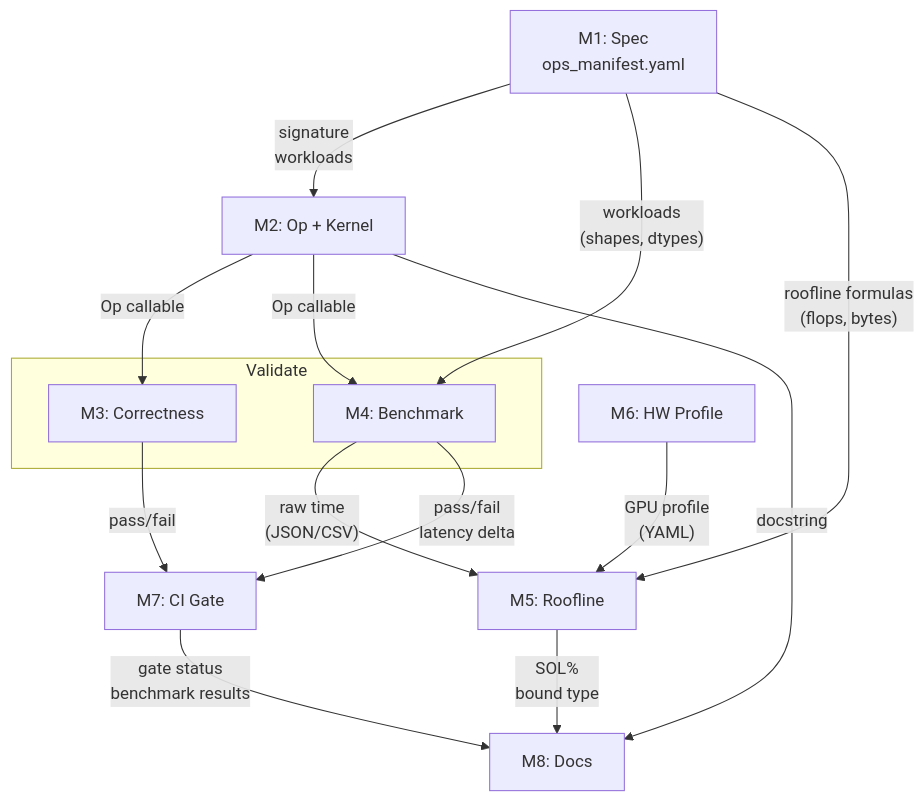
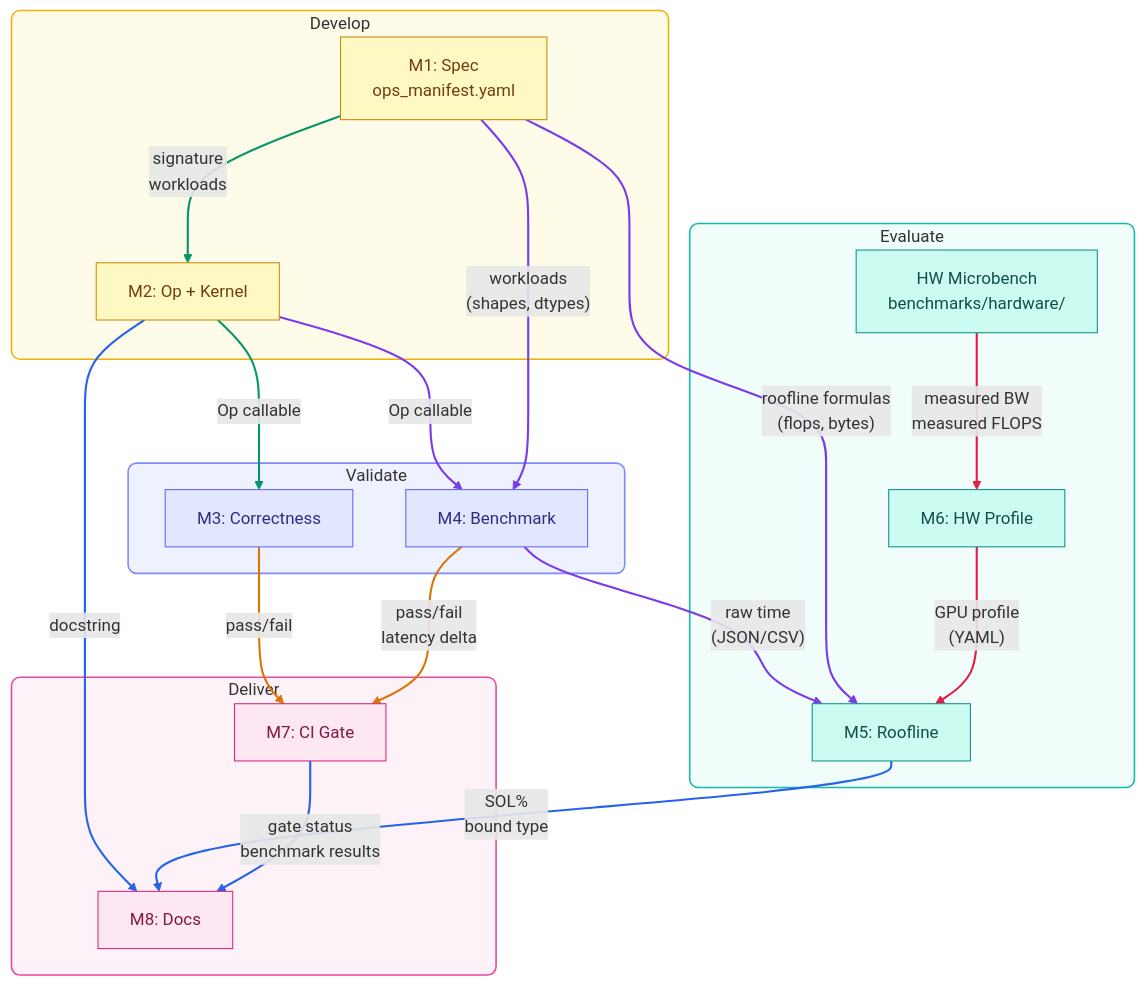
The diagram in docs/architecture.md (tile-ai/TileOPs), drawn with Mermaid before and after one commit. The commit also changed other lines of this file, not shown here.

Commit message:
[Doc] Color-code architecture diagram by data flow
Five flows with color-coded edges and a flow summary table:
- emerald (new op), violet (perf tuning), rose (HW calibration),
  amber (CI guard), sky (publish)

Four subgraph layers with matching color themes:
Develop (gold), Validate (indigo), Evaluate (teal), Deliver (pink).

````diff
--- a/docs/architecture.md
+++ b/docs/architecture.md
@@ -9,28 +17,70 @@
 ```mermaid
 graph TD
-    M1["M1: Spec<br/>ops_manifest.yaml"]
-    M2["M2: Op + Kernel"]
-    M6["M6: HW Profile"]
+    subgraph Develop [" Develop"]
+        M1["M1: Spec<br/>ops_manifest.yaml"]
+        M2["M2: Op + Kernel"]
+    end
 
-    subgraph Validate
+    subgraph Validate [" Validate"]
         M3["M3: Correctness"]
         M4["M4: Benchmark"]
     end
 
-    M5["M5: Roofline"]
-    M7["M7: CI Gate"]
-    M8["M8: Docs"]
+    subgraph Evaluate [" Evaluate"]
+        HW["HW Microbench<br/>benchmarks/hardware/"]
+        M6["M6: HW Profile"]
+        M5["M5: Roofline"]
+    end
 
+    subgraph Deliver [" Deliver"]
+        M7["M7: CI Gate"]
+        M8["M8: Docs"]
+    end
+
+    %% Flow 1: New Op (emerald)
     M1 -- "signature<br/>workloads" --> M2
+    M2 -- "Op callable" --> M3
+
+    %% Flow 2: Perf Tuning (violet)
+    M2 -- "Op callable" --> M4
     M1 -- "workloads<br/>(shapes, dtypes)" --> M4
+    M4 -- "raw time<br/>(JSON/CSV)" --> M5
     M1 -- "roofline formulas<br/>(flops, bytes)" --> M5
-    M2 -- "Op callable" --> M3
-    M2 -- "Op callable" --> M4
+
+    %% Flow 3: HW Calibration (rose)
+    HW -- "measured BW<br/>measured FLOPS" --> M6
+    M6 -- "GPU profile<br/>(YAML)" --> M5
+
+    %% Flow 4: CI Guard (amber)
+    M3 -- "pass/fail" --> M7
+    M4 -- "pass/fail<br/>latency delta" --> M7
+
+    %% Flow 5: Publish (sky)
     M2 -- "docstring" --> M8
-    M3 -- "pass/fail" --> M7
-    M4 -- "raw time<br/>(JSON/CSV)" --> M5
-    M4 -- "pass/fail<br/>latency delta" --> M7
     M5 -- "SOL%<br/>bound type" --> M8
-    M6 -- "GPU profile<br/>(YAML)" --> M5
     M7 -- "gate status<br/>benchmark results" --> M8
+
+    %% Node styles by layer
+    classDef dev fill:#fef9c3,stroke:#ca8a04,color:#713f12
+    classDef val fill:#e0e7ff,stroke:#6366f1,color:#312e81
+    classDef eval fill:#ccfbf1,stroke:#0d9488,color:#134e4a
+    classDef del fill:#fce7f3,stroke:#db2777,color:#831843
+
+    class M1,M2 dev
+    class M3,M4 val
+    class HW,M6,M5 eval
+    class M7,M8 del
+
+    %% Subgraph styles
+    style Develop fill:#fefce8,stroke:#eab308,stroke-width:1.5px,rx:8,ry:8
+    style Validate fill:#eef2ff,stroke:#818cf8,stroke-width:1.5px,rx:8,ry:8
+    style Evaluate fill:#f0fdfa,stroke:#14b8a6,stroke-width:1.5px,rx:8,ry:8
+    style Deliver fill:#fdf2f8,stroke:#ec4899,stroke-width:1.5px,rx:8,ry:8
+
+    %% Edge colors by flow
+    linkStyle 0,1 stroke:#059669,stroke-width:2px
+    linkStyle 2,3,4,5 stroke:#7c3aed,stroke-width:2px
+    linkStyle 6,7 stroke:#e11d48,stroke-width:2px
+    linkStyle 8,9 stroke:#d97706,stroke-width:2px
+    linkStyle 10,11,12 stroke:#2563eb,stroke-width:2px
 ```
````
